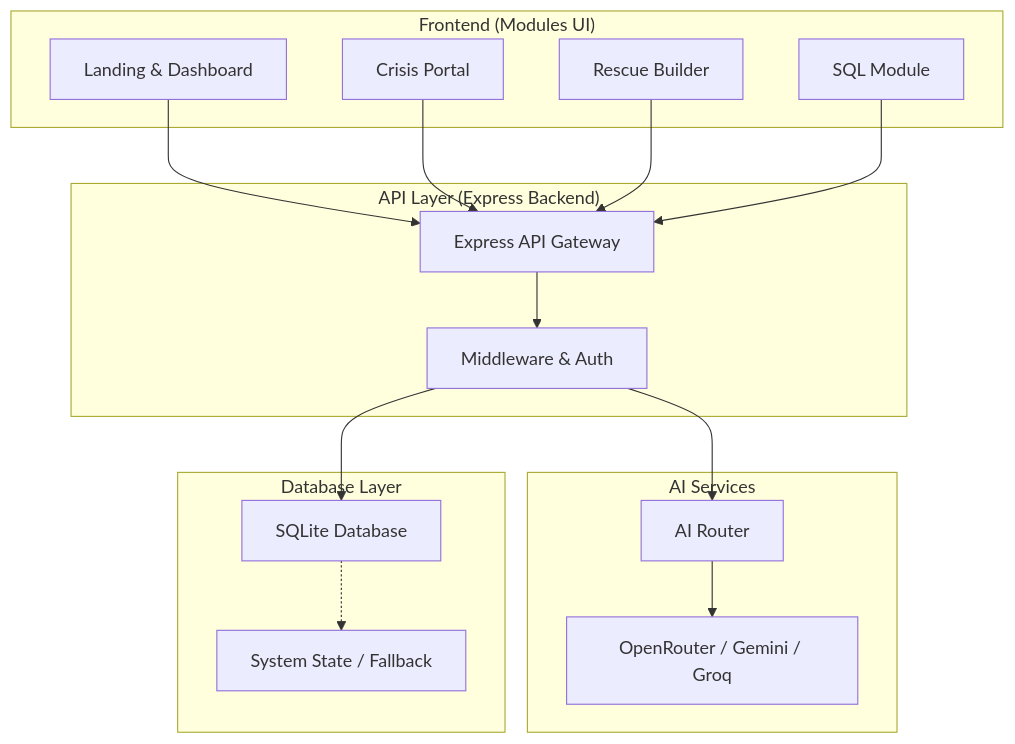
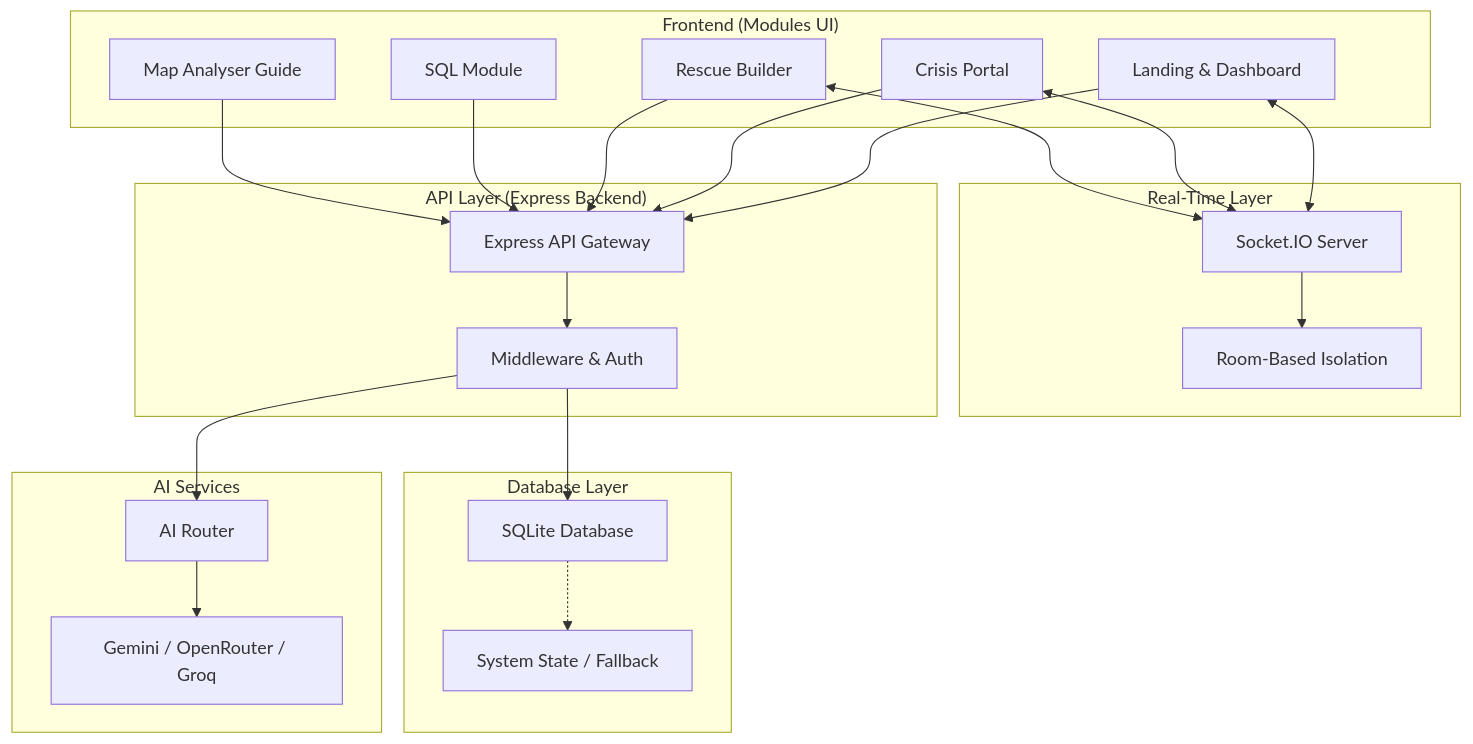
The diagram in README.md (The-Lazy-Four/ResQAI), drawn with Mermaid before and after one commit. The commit also changed other lines of this file, not shown here.

Commit message:
docs: update README with Socket.IO, Map Analyser, RBAC, and expanded tech stack

````diff
--- a/README.md
+++ b/README.md
@@ -23,31 +25,39 @@
 ```mermaid
 graph TD
     subgraph "Frontend (Modules UI)"
         A1[Landing & Dashboard]
         A2[Crisis Portal]
         A3[Rescue Builder]
         A4[SQL Module]
+        A5[Map Analyser Guide]
+    end
+
+    subgraph "Real-Time Layer"
+        E1[Socket.IO Server]
+        E2[Room-Based Isolation]
     end
 
     subgraph "API Layer (Express Backend)"
         B1[Express API Gateway]
         B2[Middleware & Auth]
     end
 
     subgraph "AI Services"
         C1[AI Router]
-        C2[OpenRouter / Gemini / Groq]
+        C2[Gemini / OpenRouter / Groq]
     end
 
     subgraph "Database Layer"
         D1[SQLite Database]
         D2[System State / Fallback]
     end
 
-    A1 & A2 & A3 & A4 --> B1
+    A1 & A2 & A3 & A4 & A5 --> B1
+    A1 & A2 & A3 <--> E1
+    E1 --> E2
     B1 --> B2
     B2 --> C1
     C1 --> C2
     B2 --> D1
     D1 -.-> D2
 ```
````
